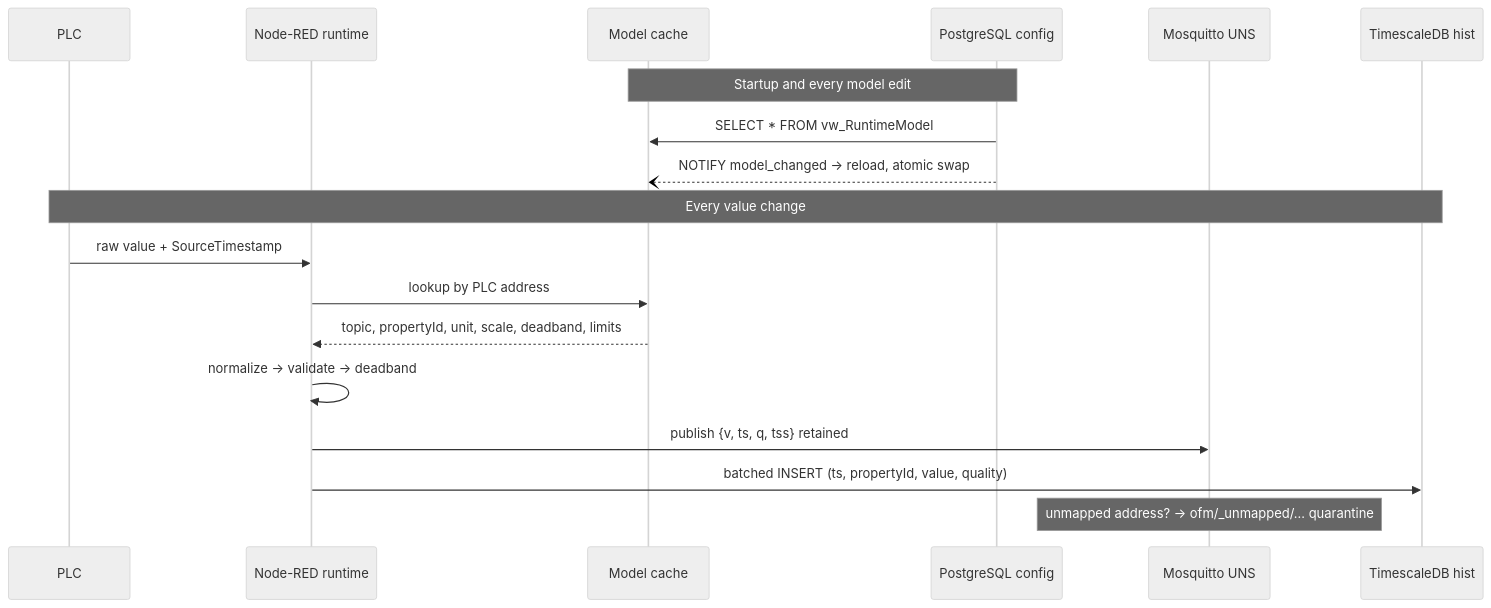
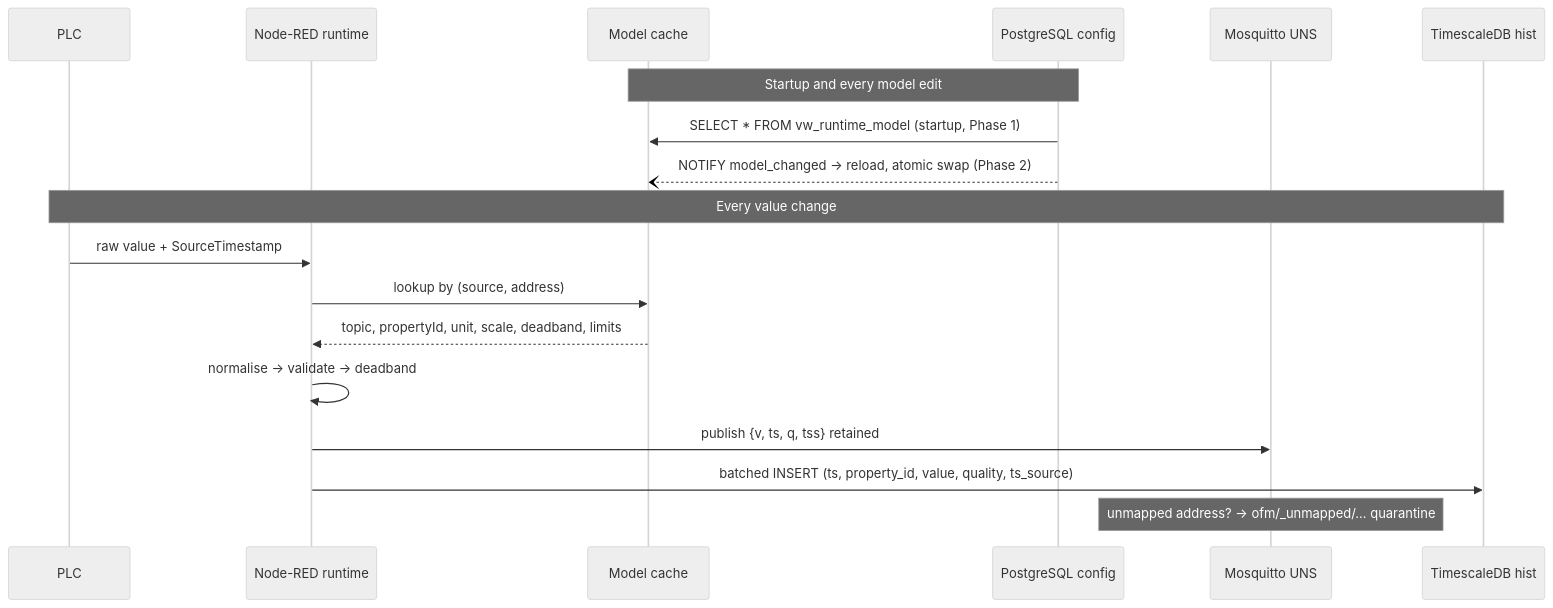
Before and after one commit to jarosin69/ofm: the second of 2 diagrams in docs/architecture-overview.md, drawn with Mermaid (neutral theme). The commit also changed other lines of this file and 10 other files, not shown here.

Commit message:
v0.2 - Restructure into repo layout; add license, README, architecture diagrams

````diff
--- a/docs/architecture-overview.md
+++ b/docs/architecture-overview.md
@@ -211,20 +214,20 @@
 ```mermaid
 sequenceDiagram
   participant P as PLC
   participant R as Node-RED runtime
   participant C as Model cache
   participant DB as PostgreSQL config
   participant M as Mosquitto UNS
   participant H as TimescaleDB hist
   Note over DB,C: Startup and every model edit
-  DB->>C: SELECT * FROM vw_RuntimeModel
-  DB--)C: NOTIFY model_changed → reload, atomic swap
+  DB->>C: SELECT * FROM vw_runtime_model (startup, Phase 1)
+  DB--)C: NOTIFY model_changed → reload, atomic swap (Phase 2)
   Note over P,H: Every value change
   P->>R: raw value + SourceTimestamp
-  R->>C: lookup by PLC address
+  R->>C: lookup by (source, address)
   C-->>R: topic, propertyId, unit, scale, deadband, limits
-  R->>R: normalize → validate → deadband
+  R->>R: normalise → validate → deadband
   R->>M: publish {v, ts, q, tss} retained
-  R->>H: batched INSERT (ts, propertyId, value, quality)
+  R->>H: batched INSERT (ts, property_id, value, quality, ts_source)
   Note over M: unmapped address? → ofm/_unmapped/... quarantine
 ```
````
